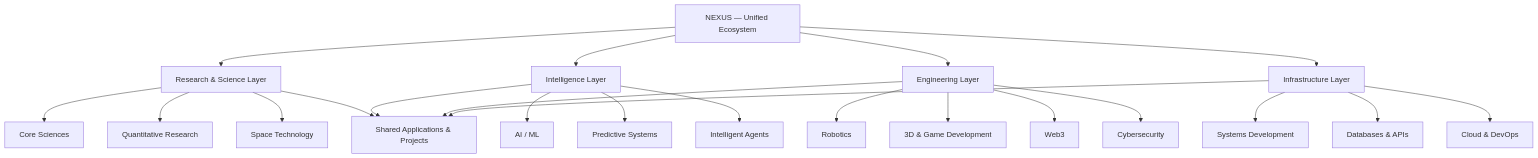
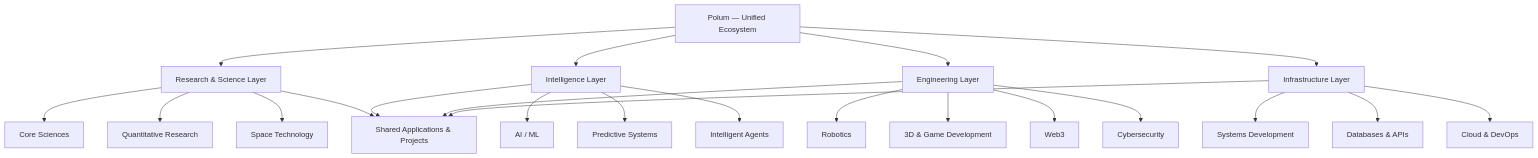
Before and after one commit to ASAN-11/Polum: the diagram in README.md, drawn with Mermaid. The commit also changed other lines of this file, not shown here.

````diff
--- a/README.md
+++ b/README.md
@@ -282,31 +282,31 @@
 ```mermaid
 flowchart TB
-    A["NEXUS — Unified Ecosystem"]
+    A["Polum — Unified Ecosystem"]
 
     A --> B["Research & Science Layer"]
     A --> C["Intelligence Layer"]
     A --> D["Engineering Layer"]
     A --> E["Infrastructure Layer"]
 
     B --> B1["Core Sciences"]
     B --> B2["Quantitative Research"]
     B --> B3["Space Technology"]
 
     C --> C1["AI / ML"]
     C --> C2["Predictive Systems"]
     C --> C3["Intelligent Agents"]
 
     D --> D1["Robotics"]
     D --> D2["3D & Game Development"]
     D --> D3["Web3"]
     D --> D4["Cybersecurity"]
 
     E --> E1["Systems Development"]
     E --> E2["Databases & APIs"]
     E --> E3["Cloud & DevOps"]
 
     B --> F["Shared Applications & Projects"]
     C --> F
     D --> F
     E --> F
 ```
````
